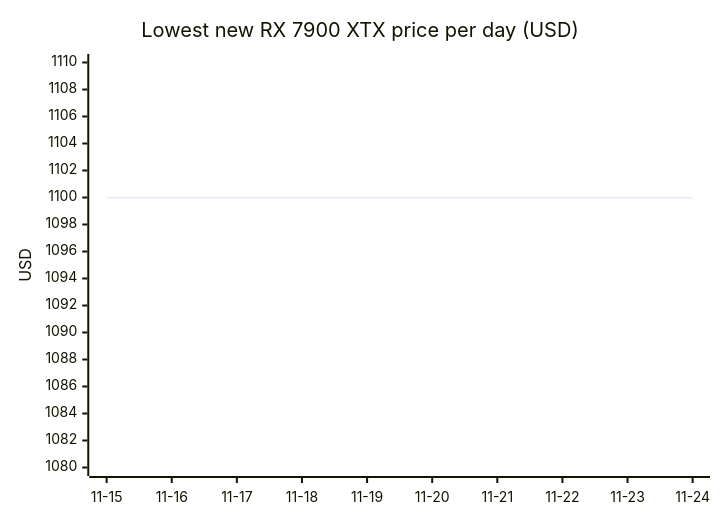
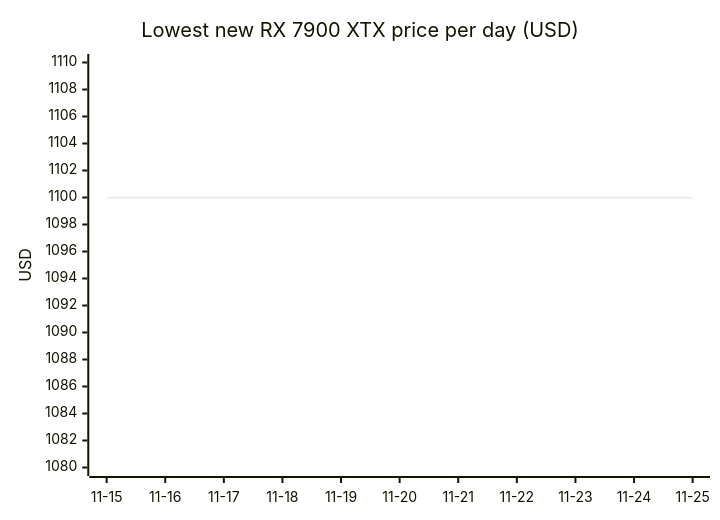
Diagram 13 of 18 in README.md (7324136828/4tb_ssd_price_watch), drawn with Mermaid before and after one commit. The commit also changed other lines of this file, not shown here.

````diff
--- a/README.md
+++ b/README.md
@@ -1237,7 +1275,7 @@
 ```mermaid
 xychart-beta
     title "Lowest new RX 7900 XTX price per day (USD)"
-    x-axis ["11-15", "11-16", "11-17", "11-18", "11-19", "11-20", "11-21", "11-22", "11-23", "11-24"]
+    x-axis ["11-15", "11-16", "11-17", "11-18", "11-19", "11-20", "11-21", "11-22", "11-23", "11-24", "11-25"]
     y-axis "USD" 1080 --> 1110
-    line [1099.99, 1099.99, 1099.99, 1099.99, 1099.99, 1099.99, 1099.99, 1099.99, 1099.99, 1099.99]
+    line [1099.99, 1099.99, 1099.99, 1099.99, 1099.99, 1099.99, 1099.99, 1099.99, 1099.99, 1099.99, 1099.99]
 ```
````
